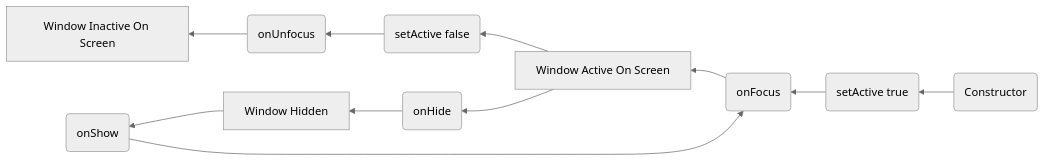
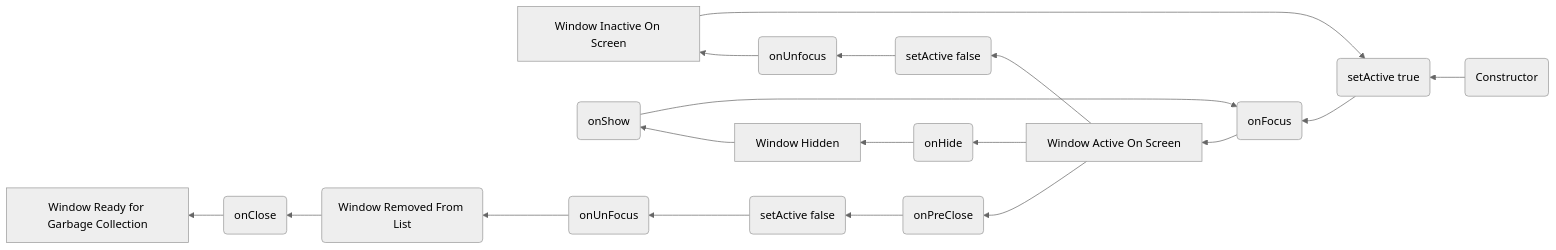
One commit to winitzki/lamonte-jexer-wikis changed the diagram in widget-twindow.md. Above: the diagram before and after it, drawn with Mermaid (neutral theme).

Commit message:
Update widget twindow

````diff
--- a/widget-twindow.md
+++ b/widget-twindow.md
@@ -23,13 +23,20 @@
 ```mermaid
 graph RL;
   I(Constructor) --> A(setActive true)
   A --> F(onFocus)
   F --> WA[Window Active On Screen]
   WA --> UA(setActive false)
   UA --> UF(onUnfocus)
   UF --> WI[Window Inactive On Screen]
+  WI --> A
   WA --> H(onHide)
   H --> HW[Window Hidden]
   HW --> S(onShow)
   S --> F
+  WA --> PC(onPreClose)
+  PC --> UA2(setActive false)
+  UA2 --> UF2(onUnFocus)
+  UF2 --> G1(Window Removed From List)
+  G1 --> C(onClose)
+  C --> G2[Window Ready for Garbage Collection]
 ```
````
